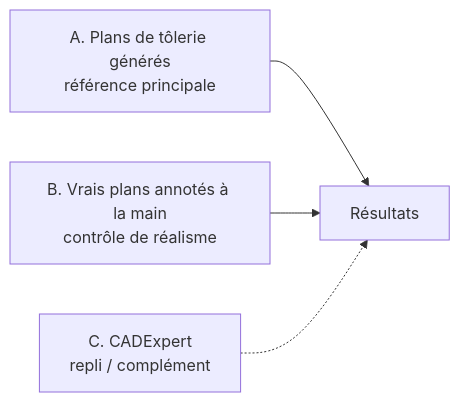
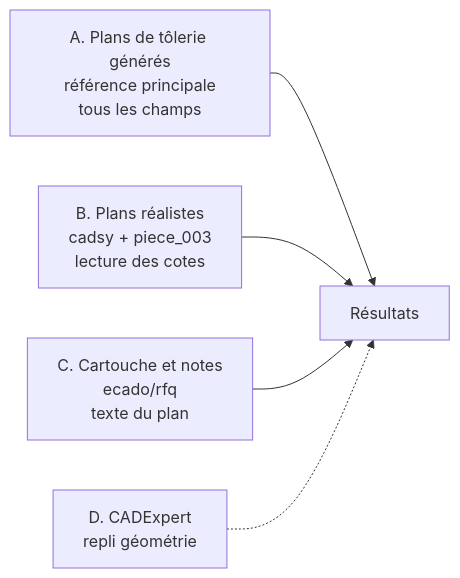
One commit to leobouscarrat/generateur_devis changed the first of 2 diagrams in docs/evaluation.md. Above: the diagram before and after it, drawn with Mermaid. The commit also changed other lines of this file and 1 other file, not shown here.

Commit message:
Évaluation : jeux Hugging Face (cadsy, ecado), extraction comme indicateur principal, budget réduit

````diff
--- a/docs/evaluation.md
+++ b/docs/evaluation.md
@@ -70,9 +75,11 @@
 ```mermaid
 flowchart LR
-    A["A. Plans de tôlerie générés<br/>référence principale"]
-    B["B. Vrais plans annotés à la main<br/>contrôle de réalisme"]
-    C["C. CADExpert<br/>repli / complément"]
+    A["A. Plans de tôlerie générés<br/>référence principale<br/>tous les champs"]
+    B["B. Plans réalistes<br/>cadsy + piece_003<br/>lecture des cotes"]
+    C["C. Cartouche et notes<br/>ecado/rfq<br/>texte du plan"]
+    D["D. CADExpert<br/>repli géométrie"]
     A --> R["Résultats"]
     B --> R
-    C -.-> R
+    C --> R
+    D -.-> R
 ```
````
